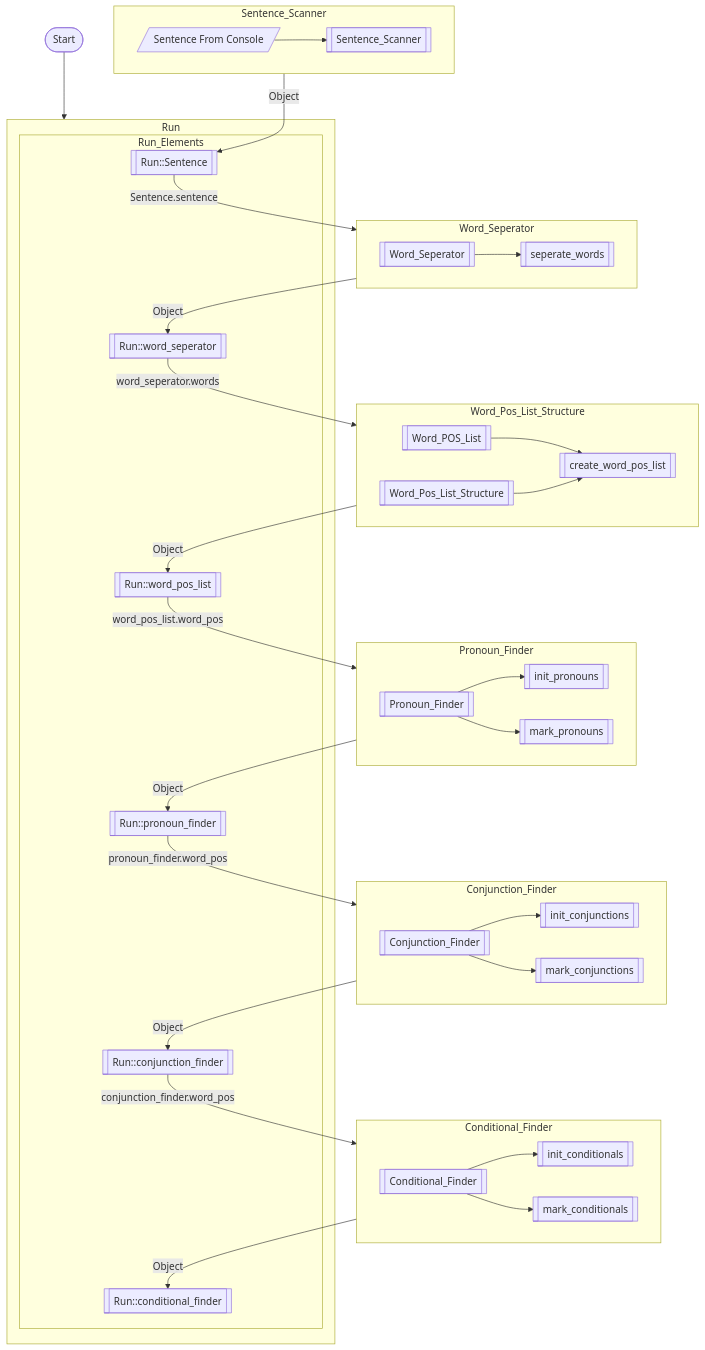
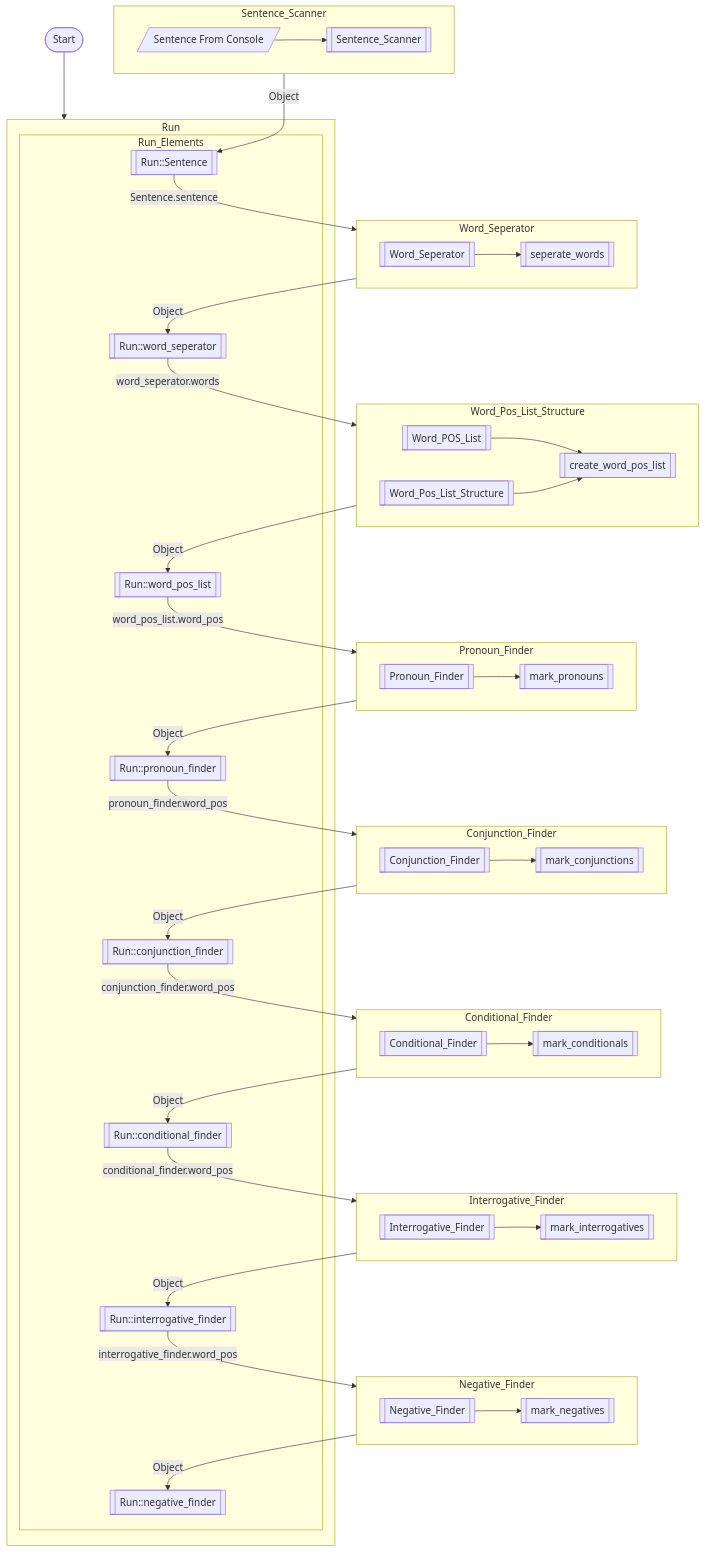
Before and after one commit to masnm/POS-tagging: the second of 2 diagrams in src/README.md, drawn with Mermaid. The commit also changed other lines of this file and 11 other files, not shown here.

Commit message:
Interjection_Finder & Negative_Finder class added

````diff
--- a/src/README.md
+++ b/src/README.md
@@ -119,26 +139,32 @@
 
 	subgraph Pronoun_Finder
 		F[[Pronoun_Finder]]
-		F0[[init_pronouns]]
 		F1[[mark_pronouns]]
-		F --> F0
 		F --> F1
 	end
 
 	subgraph Conjunction_Finder
 		G[[Conjunction_Finder]]
-		G0[[init_conjunctions]]
 		G1[[mark_conjunctions]]
-		G --> G0
 		G --> G1
 	end
 
 	subgraph Conditional_Finder
 		H[[Conditional_Finder]]
-		H0[[init_conditionals]]
 		H1[[mark_conditionals]]
-		H --> H0
 		H --> H1
+	end
+
+	subgraph Interrogative_Finder
+		I[[Interrogative_Finder]]
+		I1[[mark_interrogatives]]
+		I --> I1
+	end
+
+	subgraph Negative_Finder
+		NF[[Negative_Finder]]
+		NF1[[mark_negatives]]
+		NF --> NF1
 	end
 
 	subgraph Run
@@ -149,6 +175,8 @@
 			AD[[Run::pronoun_finder]]
 			AE[[Run::conjunction_finder]]
 			AF[[Run::conditional_finder]]
+			AG[[Run::interrogative_finder]]
+			AH[[Run::negative_finder]]
 		end
 	end
 
@@ -165,4 +193,8 @@
 	Conjunction_Finder -- Object --> AE
 	AE -- conjunction_finder.word_pos --> Conditional_Finder
 	Conditional_Finder -- Object --> AF
+	AF -- conditional_finder.word_pos --> Interrogative_Finder
+	Interrogative_Finder -- Object --> AG
+	AG -- interrogative_finder.word_pos --> Negative_Finder
+	Negative_Finder -- Object --> AH
 ```
````
